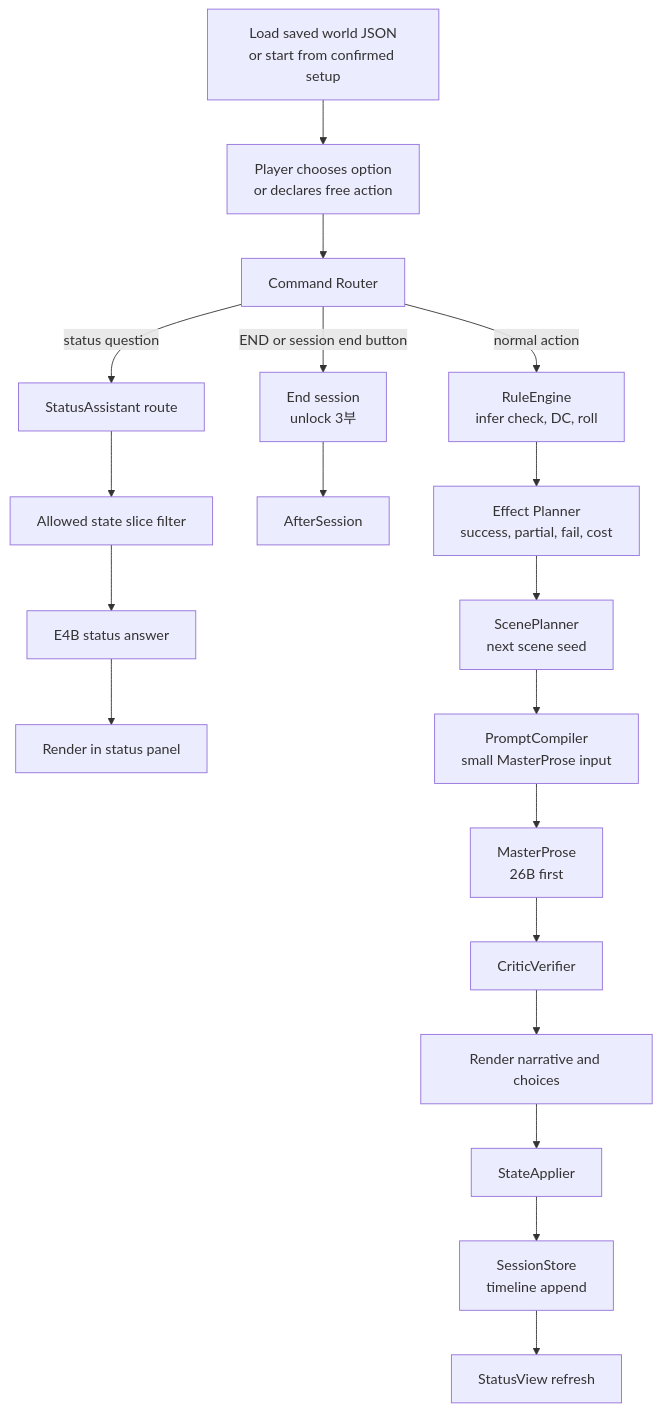
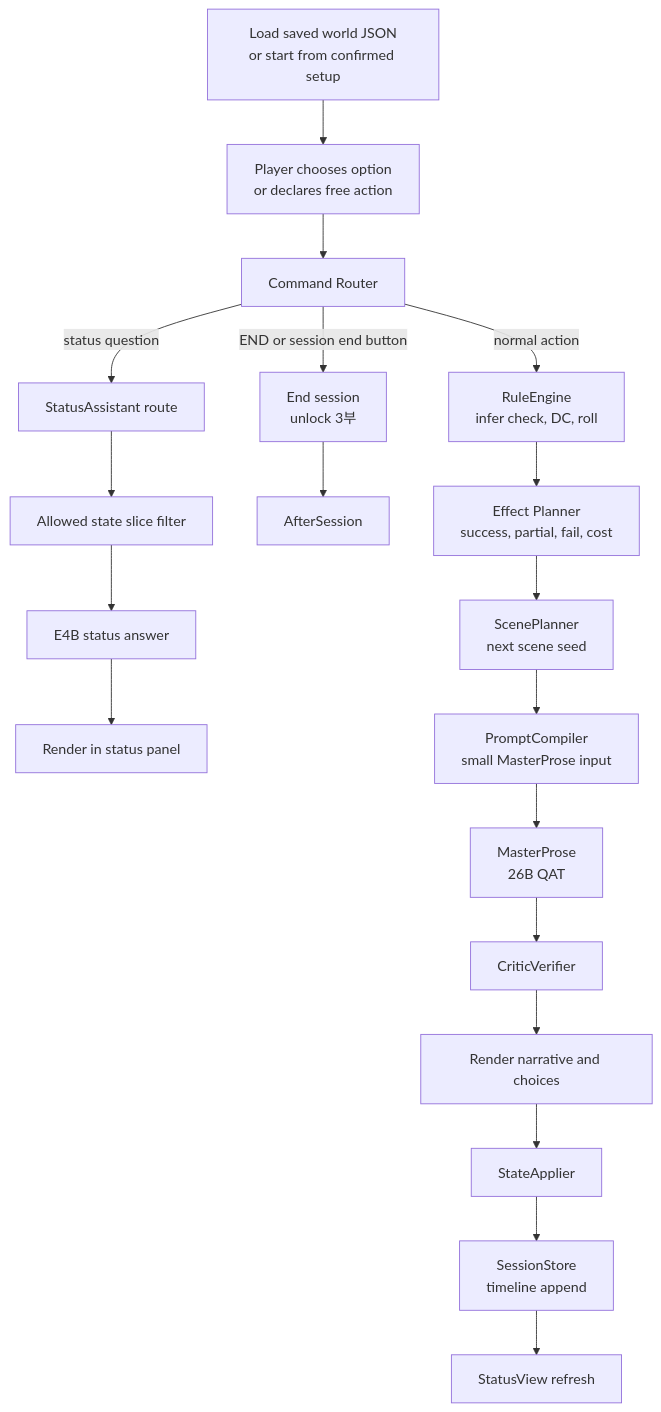
One commit to winterrainlee/winterrain_trpg changed the third of 4 diagrams in design/winterrain-rp-module-architecture-design.md. Above: the diagram before and after it, drawn with Mermaid. The commit also changed other lines of this file and 4 other files, not shown here.

````diff
--- a/design/winterrain-rp-module-architecture-design.md
+++ b/design/winterrain-rp-module-architecture-design.md
@@ -543,23 +666,23 @@
 ```mermaid
 flowchart TD
   A0["Load saved world JSON<br/>or start from confirmed setup"] --> A["Player chooses option<br/>or declares free action"]
   A --> B["Command Router"]
   B -->|status question| SQ["StatusAssistant route"]
   SQ --> SF["Allowed state slice filter"]
   SF --> SA["E4B status answer"]
   SA --> SR["Render in status panel"]
 
   B -->|END or session end button| ER["End session<br/>unlock 3부"]
   ER --> AS["AfterSession"]
 
   B -->|normal action| C["RuleEngine<br/>infer check, DC, roll"]
   C --> D["Effect Planner<br/>success, partial, fail, cost"]
   D --> E["ScenePlanner<br/>next scene seed"]
   E --> F["PromptCompiler<br/>small MasterProse input"]
-  F --> G["MasterProse<br/>26B first"]
+  F --> G["MasterProse<br/>26B QAT"]
   G --> H["CriticVerifier"]
   H --> I["Render narrative and choices"]
   I --> J["StateApplier"]
   J --> K["SessionStore<br/>timeline append"]
   K --> L["StatusView refresh"]
 ```
````
